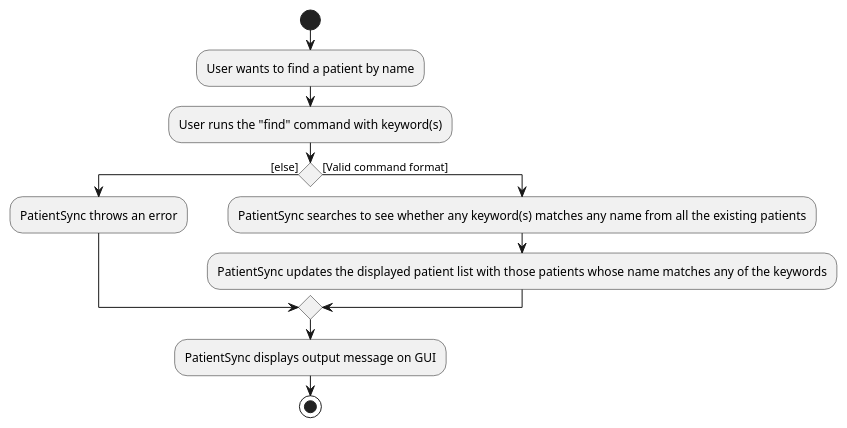
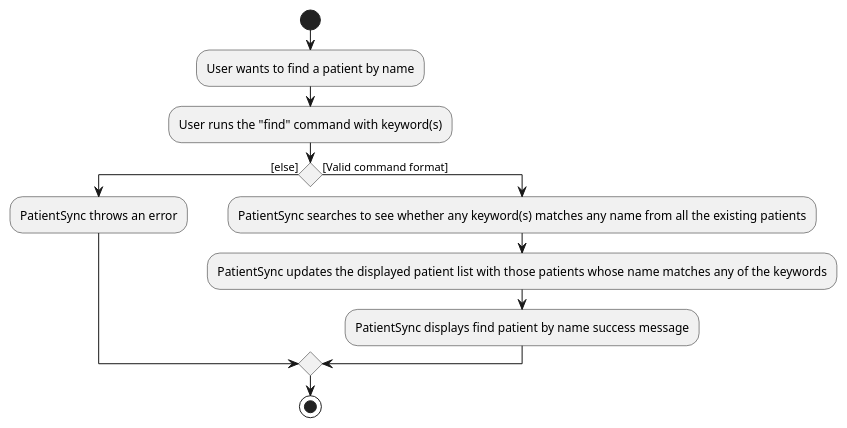
Before and after one commit to NeoHW/tp: the diagram in docs/diagrams/FindActivityDiagram.puml, drawn with PlantUML. The commit also changed 3 other files, not shown here.

Commit message:
Update Activity Diagrams

```diff
--- a/docs/diagrams/FindActivityDiagram.puml
+++ b/docs/diagrams/FindActivityDiagram.puml
@@ -1,13 +1,13 @@
 @startuml
 start
 :User wants to find a patient by name;
 :User runs the "find" command with keyword(s);
 if () then ([else])
     :PatientSync throws an error;
 else ([Valid command format])
     :PatientSync searches to see whether any keyword(s) matches any name from all the existing patients;
     :PatientSync updates the displayed patient list with those patients whose name matches any of the keywords;
+    :PatientSync displays find patient by name success message;
 endif
-:PatientSync displays output message on GUI;
 stop
 @enduml
```
